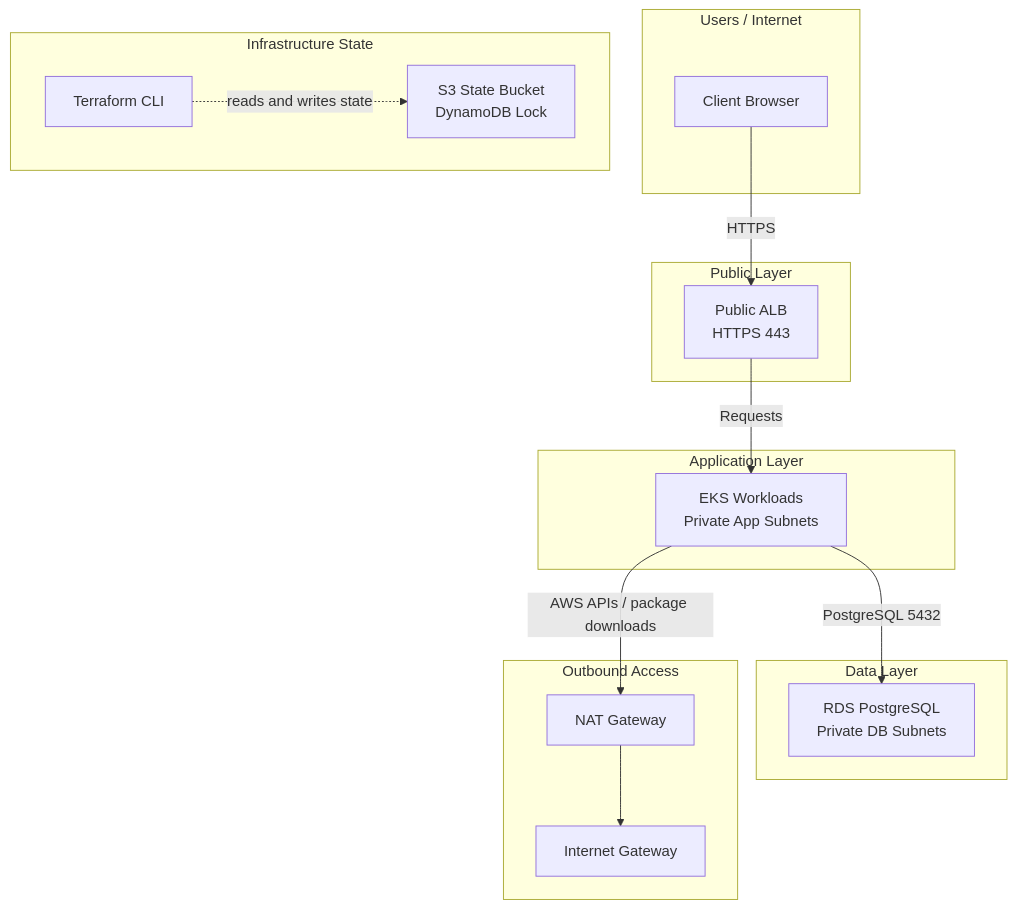
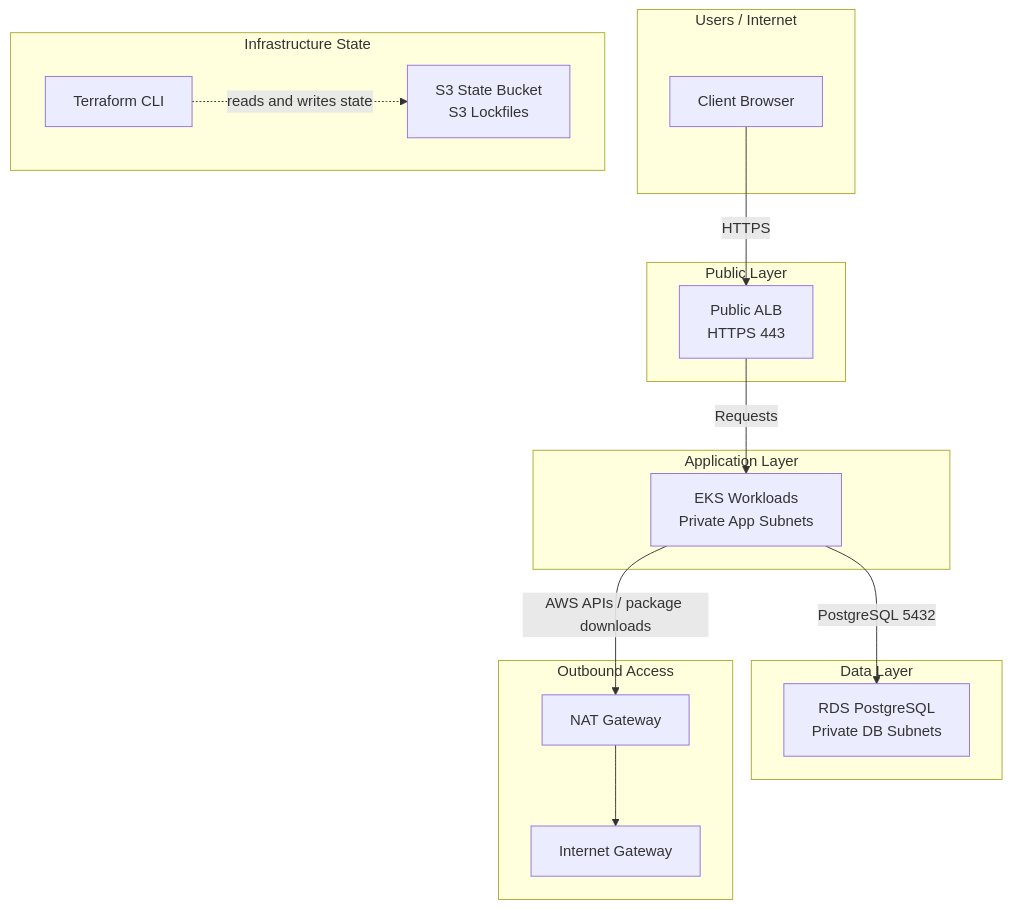
One commit to jamesoost/terraform-aws-merchant-platform changed the diagram in architecture/diagram.md. Above: the diagram before and after it, drawn with Mermaid. The commit also changed other lines of this file and 22 other files, not shown here.

````diff
--- a/architecture/diagram.md
+++ b/architecture/diagram.md
@@ -23,37 +23,37 @@
 ```mermaid
 flowchart TB
     subgraph Internet["Users / Internet"]
         user["Client Browser"]
     end
 
     subgraph Public["Public Layer"]
         alb["Public ALB\nHTTPS 443"]
     end
 
     subgraph App["Application Layer"]
         eks["EKS Workloads\nPrivate App Subnets"]
     end
 
     subgraph Data["Data Layer"]
         rds["RDS PostgreSQL\nPrivate DB Subnets"]
     end
 
     subgraph Shared["Outbound Access"]
         nat["NAT Gateway"]
         igw["Internet Gateway"]
     end
 
     subgraph Ops["Infrastructure State"]
         tf["Terraform CLI"]
-        state["S3 State Bucket\nDynamoDB Lock"]
+        state["S3 State Bucket\nS3 Lockfiles"]
     end
 
     user -->|HTTPS| alb
     alb -->|Requests| eks
     eks -->|PostgreSQL 5432| rds
 
     eks -->|AWS APIs / package downloads| nat
     nat --> igw
 
     tf -. reads and writes state .-> state
 ```
````
